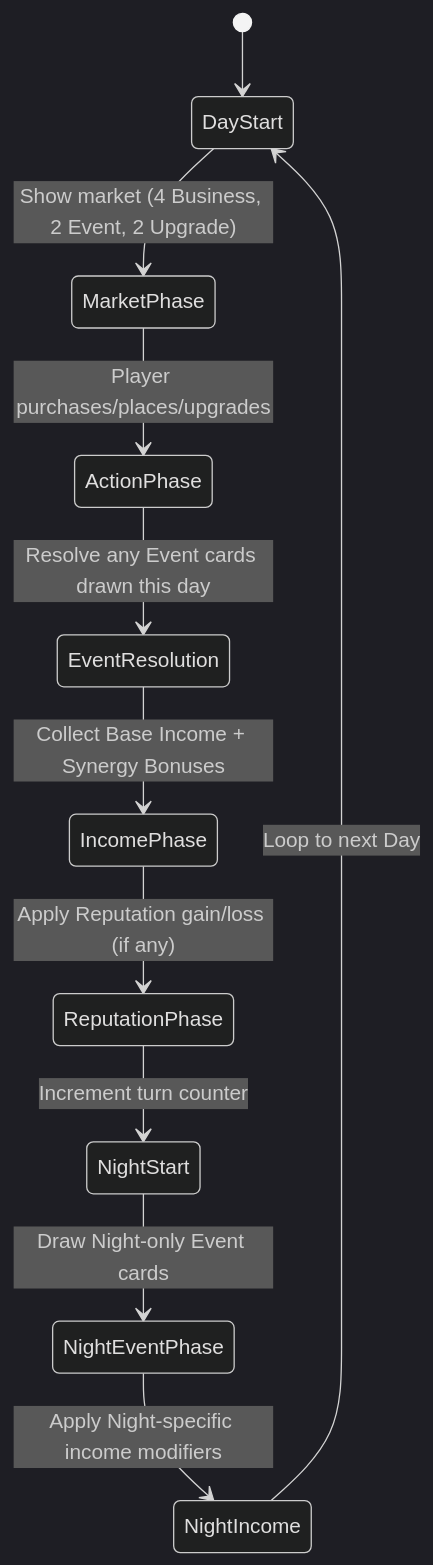
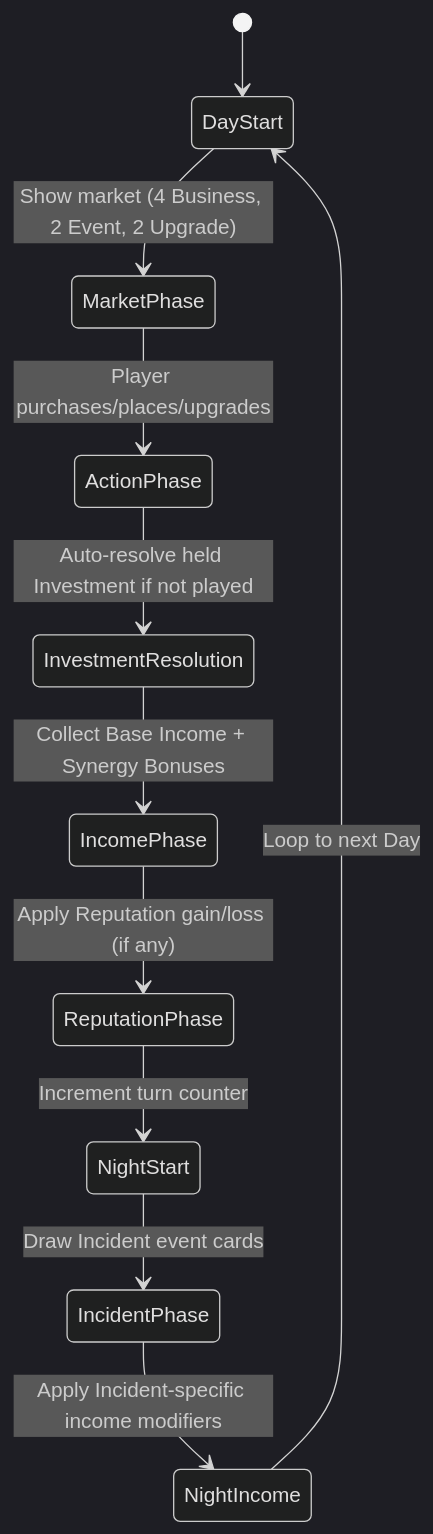
One commit to TheWizardsCode/Tableau-Card-Engine changed the first of 2 diagrams in docs/main-street/core-rules-and-mechanics.md. Above: the diagram before and after it, drawn with Mermaid (dark theme). The commit also changed other lines of this file and 3 other files, not shown here.

First line of the commit message:
CG-0MM8PGKBO06SDD6V: Update design docs for Investment/Incident terminology

````diff
--- a/docs/main-street/core-rules-and-mechanics.md
+++ b/docs/main-street/core-rules-and-mechanics.md
@@ -132,13 +132,13 @@
 ```mermaid
 stateDiagram-v2
     [*] --> DayStart
     DayStart --> MarketPhase: Show market (4 Business, 2 Event, 2 Upgrade)
     MarketPhase --> ActionPhase: Player purchases/places/upgrades
-    ActionPhase --> EventResolution: Resolve any Event cards drawn this day
-    EventResolution --> IncomePhase: Collect Base Income + Synergy Bonuses
+    ActionPhase --> InvestmentResolution: Auto‑resolve held Investment if not played
+    InvestmentResolution --> IncomePhase: Collect Base Income + Synergy Bonuses
     IncomePhase --> ReputationPhase: Apply Reputation gain/loss (if any)
     ReputationPhase --> NightStart: Increment turn counter
-    NightStart --> NightEventPhase: Draw Night‑only Event cards
-    NightEventPhase --> NightIncome: Apply Night‑specific income modifiers
+    NightStart --> IncidentPhase: Draw Incident event cards
+    IncidentPhase --> NightIncome: Apply Incident‑specific income modifiers
     NightIncome --> DayStart: Loop to next Day
 ```
````
